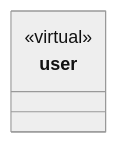
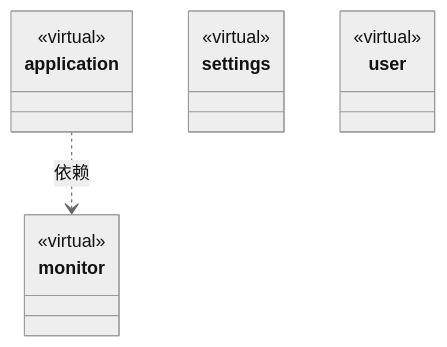
Before and after one commit to nan023062/cbim: the second of 2 diagrams in src/logic-new/ARCHITECTURE.md, drawn with Mermaid (neutral theme). The commit also changed other lines of this file and 24 other files, not shown here.

First line of the commit message:
chore: repair test ownership and architecture documentation

````diff
--- a/src/logic-new/ARCHITECTURE.md
+++ b/src/logic-new/ARCHITECTURE.md
@@ -52,7 +55,20 @@
 ```mermaid
 classDiagram
+class N_353719356734["application"] {
+  <<virtual>>
+}
+click N_353719356734 href "application/ARCHITECTURE.md"
+class N_105eef4f3348["monitor"] {
+  <<virtual>>
+}
+click N_105eef4f3348 href "monitor/ARCHITECTURE.md"
+class N_6a083dde6711["settings"] {
+  <<virtual>>
+}
+click N_6a083dde6711 href "settings/ARCHITECTURE.md"
 class N_2336517adaa7["user"] {
   <<virtual>>
 }
 click N_2336517adaa7 href "user/ARCHITECTURE.md"
+N_353719356734 ..> N_105eef4f3348 : 依赖
 ```
````
